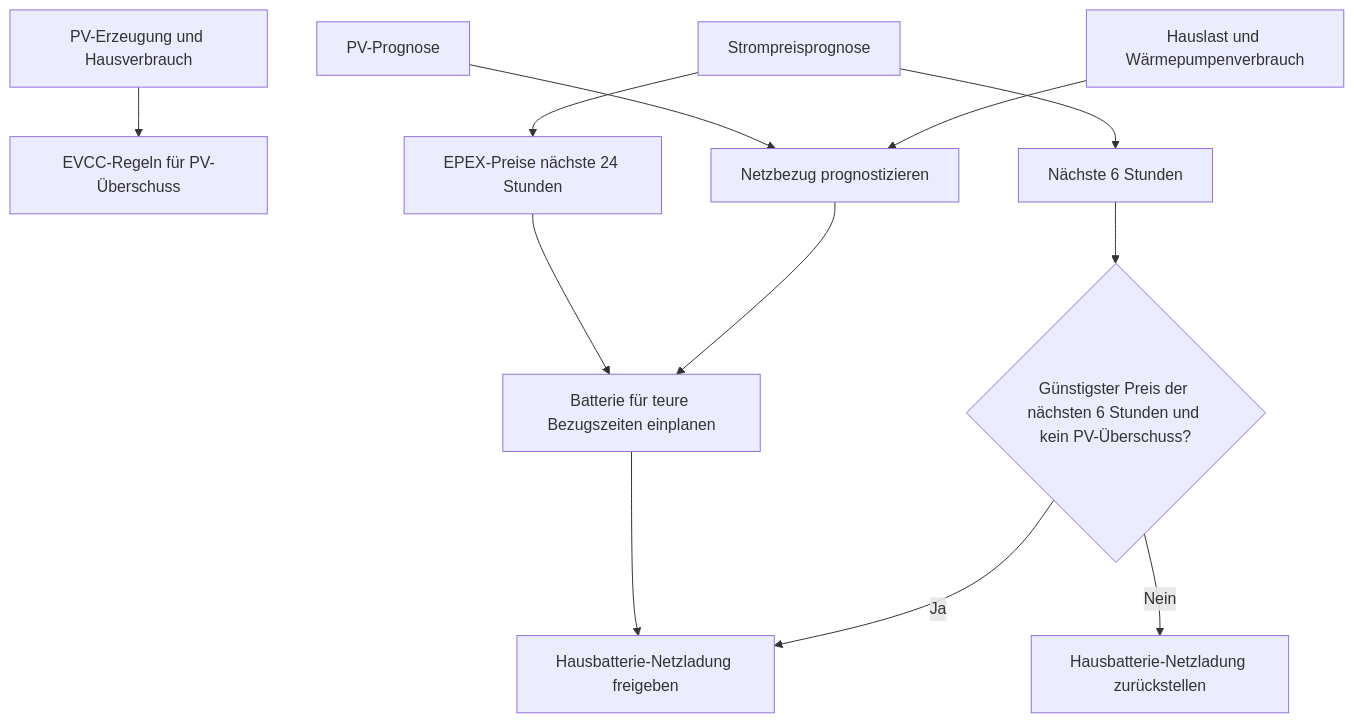
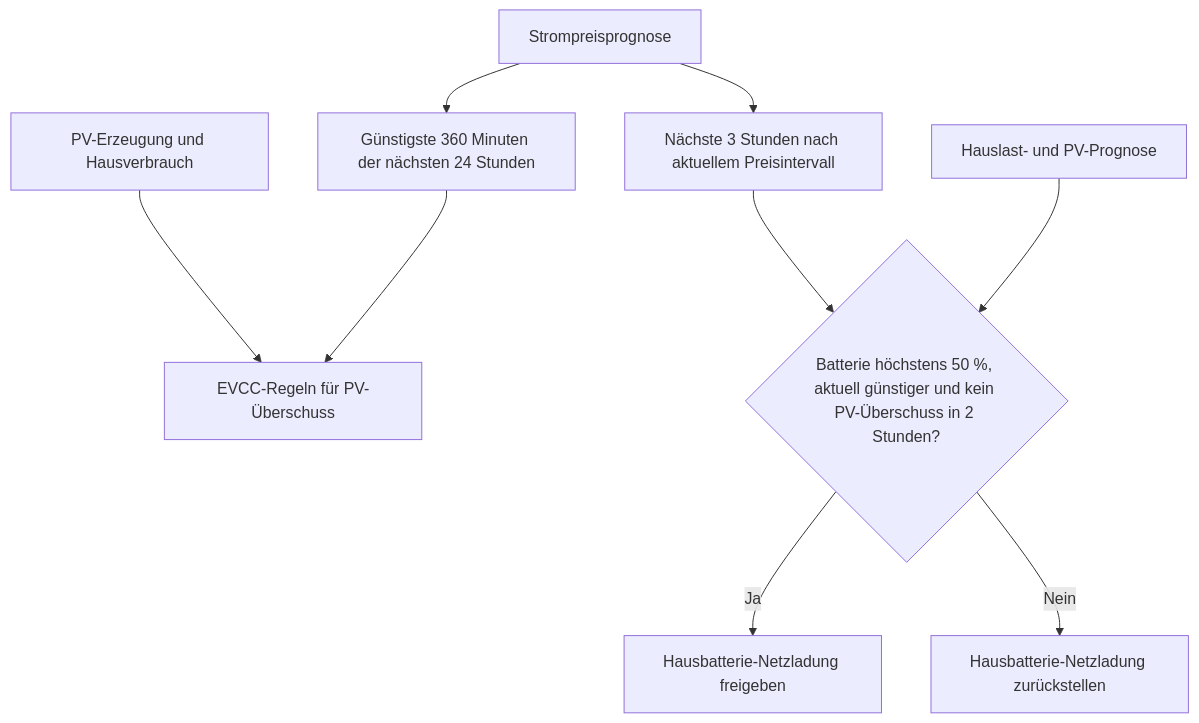
The diagram in home-assistant/evcc/EVCC_PREISOPTIMIERUNG.md (synb10se/docs), drawn with Mermaid before and after one commit. The commit also changed other lines of this file and 1 other file, not shown here.

````diff
--- a/home-assistant/evcc/EVCC_PREISOPTIMIERUNG.md
+++ b/home-assistant/evcc/EVCC_PREISOPTIMIERUNG.md
@@ -15,15 +15,12 @@
 ```mermaid
 flowchart TD
     PV["PV-Erzeugung und Hausverbrauch"] --> W["EVCC-Regeln für PV-Überschuss"]
 
-    P["Strompreisprognose"] --> P6["Nächste 6 Stunden"]
-    P6 --> G{"Günstigster Preis der nächsten 6 Stunden und kein PV-Überschuss?"}
+    P["Strompreisprognose"] --> W24["Günstigste 360 Minuten der nächsten 24 Stunden"]
+    W24 --> W
+    P --> P3["Nächste 3 Stunden nach aktuellem Preisintervall"]
+    P3 --> G{"Batterie höchstens 50 %, aktuell günstiger und kein PV-Überschuss in 2 Stunden?"}
     G -->|Ja| N["Hausbatterie-Netzladung freigeben"]
     G -->|Nein| X["Hausbatterie-Netzladung zurückstellen"]
-    P --> P24["EPEX-Preise nächste 24 Stunden"]
-    T["Hauslast und Wärmepumpenverbrauch"] --> V["Netzbezug prognostizieren"]
-    PVF["PV-Prognose"] --> V
-    V --> E["Batterie für teure Bezugszeiten einplanen"]
-    P24 --> E
-    E --> N
+    T["Hauslast- und PV-Prognose"] --> G
 ```
````
